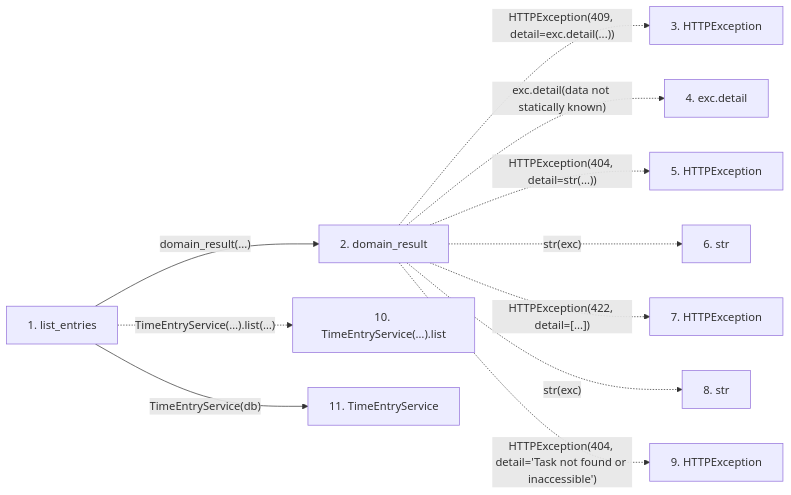
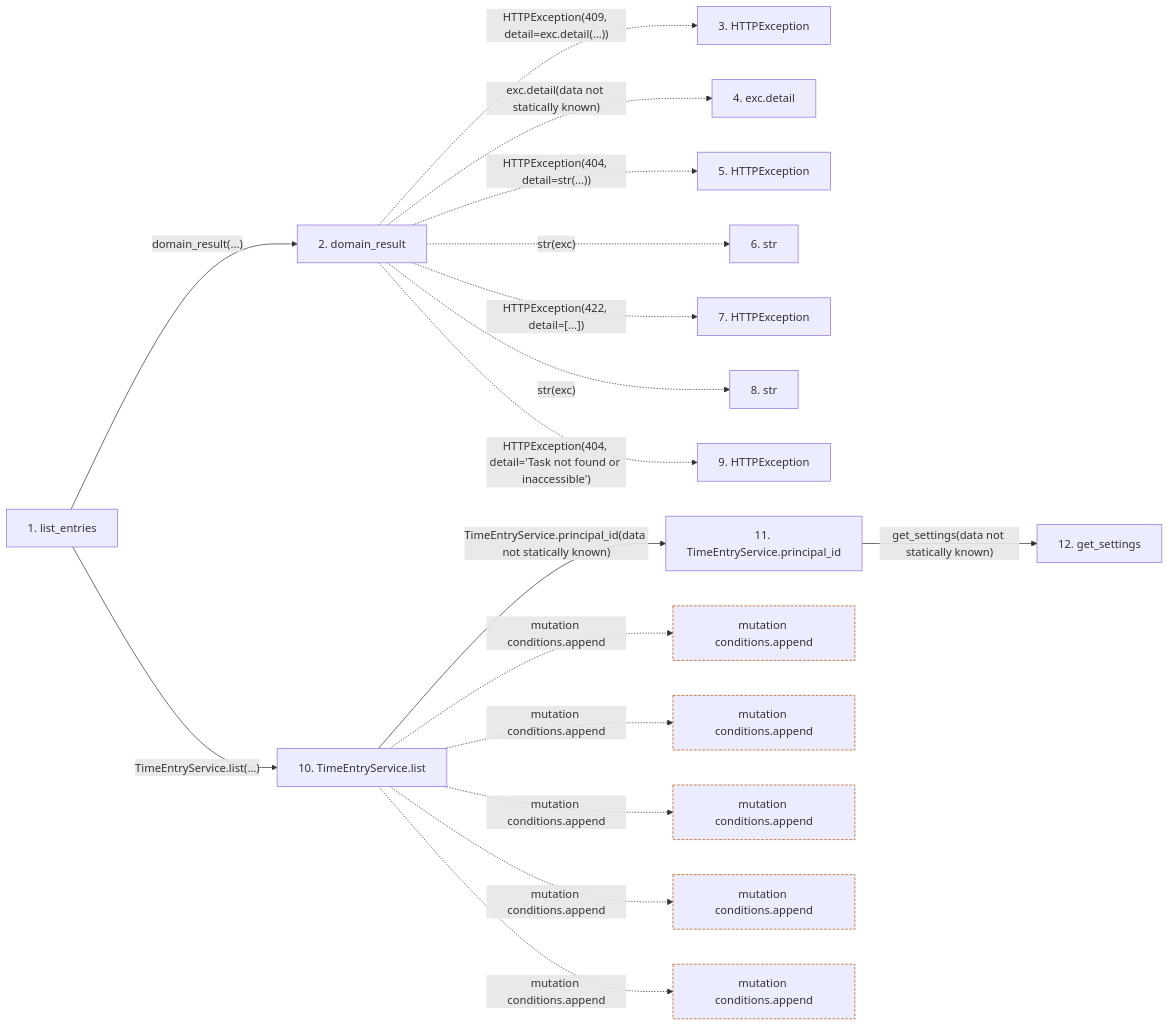
One commit to Denissvgn/WorkChord changed the second of 2 diagrams in docs/llm_wiki/flows/http-list_entries.md. Above: the diagram before and after it, drawn with Mermaid. The commit also changed other lines of this file and 25171 other files, not shown here.

````diff
--- a/docs/llm_wiki/flows/http-list_entries.md
+++ b/docs/llm_wiki/flows/http-list_entries.md
@@ -34,27 +128,47 @@
 ```mermaid
 flowchart LR
     s1["1. list_entries"]
     s2["2. domain_result"]
     s3["3. HTTPException"]
     s4["4. exc.detail"]
     s5["5. HTTPException"]
     s6["6. str"]
     s7["7. HTTPException"]
     s8["8. str"]
     s9["9. HTTPException"]
-    s10["10. TimeEntryService(…).list"]
-    s11["11. TimeEntryService"]
+    s10["10. TimeEntryService.list"]
+    s11["11. TimeEntryService.principal_id"]
+    s12["12. get_settings"]
     s1 -->|"domain_result(...)"| s2
     s2 -. "HTTPException(409, detail=exc.detail(...))" .-> s3
     s2 -. "exc.detail(data not statically known)" .-> s4
     s2 -. "HTTPException(404, detail=str(...))" .-> s5
     s2 -. "str(exc)" .-> s6
     s2 -. "HTTPException(422, detail=[...])" .-> s7
     s2 -. "str(exc)" .-> s8
     s2 -. "HTTPException(404, detail='Task not found or inaccessible')" .-> s9
-    s1 -. "TimeEntryService(…).list(…)" .-> s10
-    s1 -->|"TimeEntryService(db)"| s11
+    s1 -->|"TimeEntryService.list(…)"| s10
+    s10 -->|"TimeEntryService.principal_id(data not statically known)"| s11
+    s11 -->|"get_settings(data not statically known)"| s12
+    b0["mutation conditions.append"]
+    s10 -. "mutation conditions.append" .-> b0
+    b1["mutation conditions.append"]
+    s10 -. "mutation conditions.append" .-> b1
+    b2["mutation conditions.append"]
+    s10 -. "mutation conditions.append" .-> b2
+    b3["mutation conditions.append"]
+    s10 -. "mutation conditions.append" .-> b3
+    b4["mutation conditions.append"]
+    s10 -. "mutation conditions.append" .-> b4
     click s1 "../modules/time_entries.md"
     click s2 "../modules/routers_task_domain.md"
+    click s10 "../modules/time_entry_service.md"
     click s11 "../modules/time_entry_service.md"
+    click s12 "../modules/config.md"
+    classDef boundary stroke:#b45309,stroke-dasharray: 4 2
+    class b0 boundary
+    class b1 boundary
+    class b2 boundary
+    class b3 boundary
+    class b4 boundary
 ```
````
